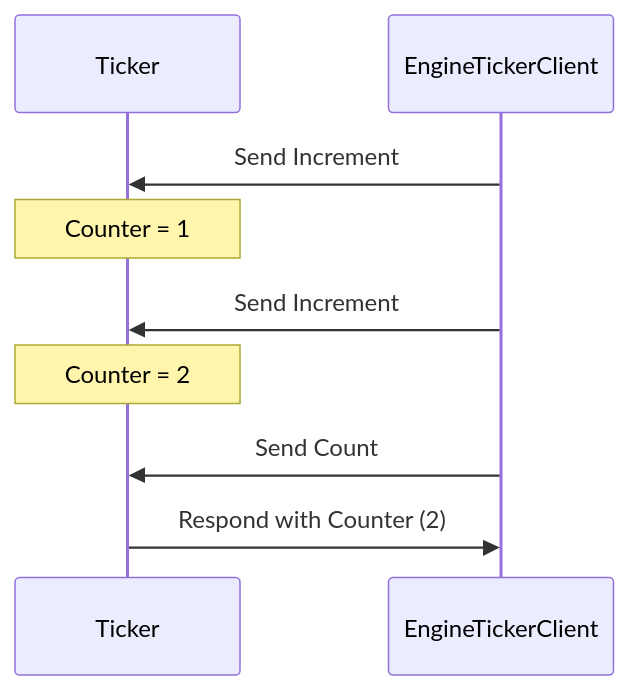
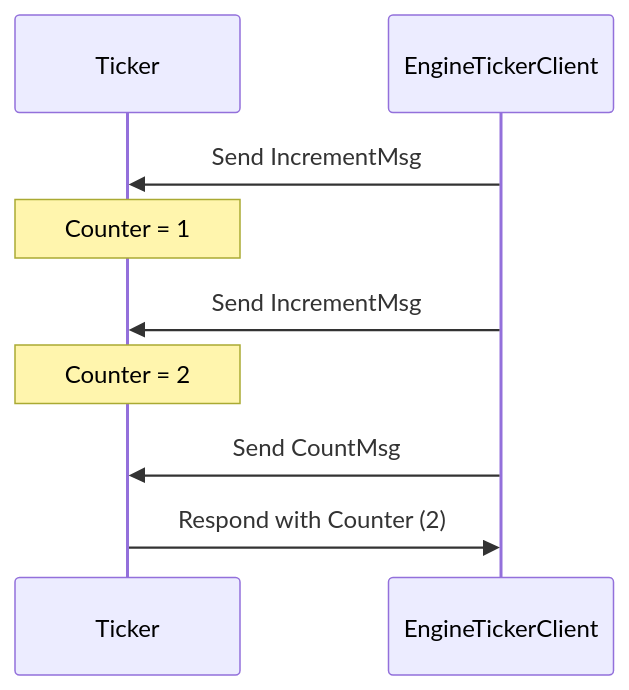
Before and after one commit to anoma/nspec: the diagram in docs/arch/node/engines/ticker_messages.juvix.md, drawn with Mermaid. The commit also changed other lines of this file and 2 other files, not shown here.

Commit message:
Fixing Ticker example

````diff
--- a/docs/arch/node/engines/ticker_messages.juvix.md
+++ b/docs/arch/node/engines/ticker_messages.juvix.md
@@ -71,14 +65,14 @@
 ```mermaid
 sequenceDiagram
     participant Ticker
     participant EngineTickerClient
 
-    EngineTickerClient ->> Ticker: Send Increment
+    EngineTickerClient ->> Ticker: Send IncrementMsg
     Note over Ticker: Counter = 1
 
-    EngineTickerClient ->> Ticker: Send Increment
+    EngineTickerClient ->> Ticker: Send IncrementMsg
     Note over Ticker: Counter = 2
 
-    EngineTickerClient ->> Ticker: Send Count
+    EngineTickerClient ->> Ticker: Send CountMsg
     Ticker ->> EngineTickerClient: Respond with Counter (2)
 ```
````
